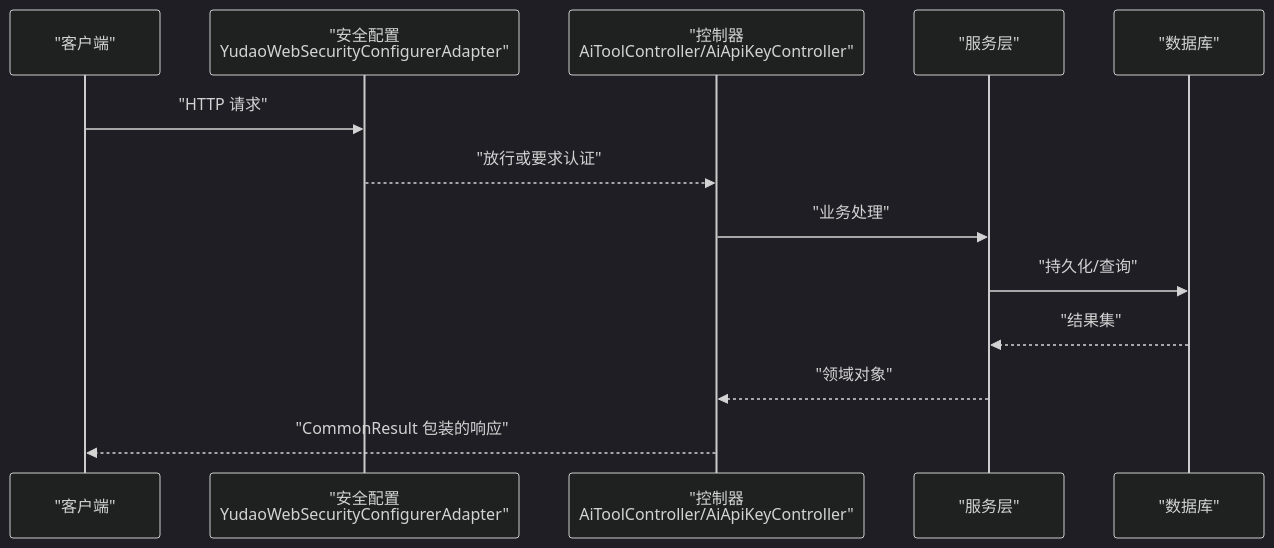
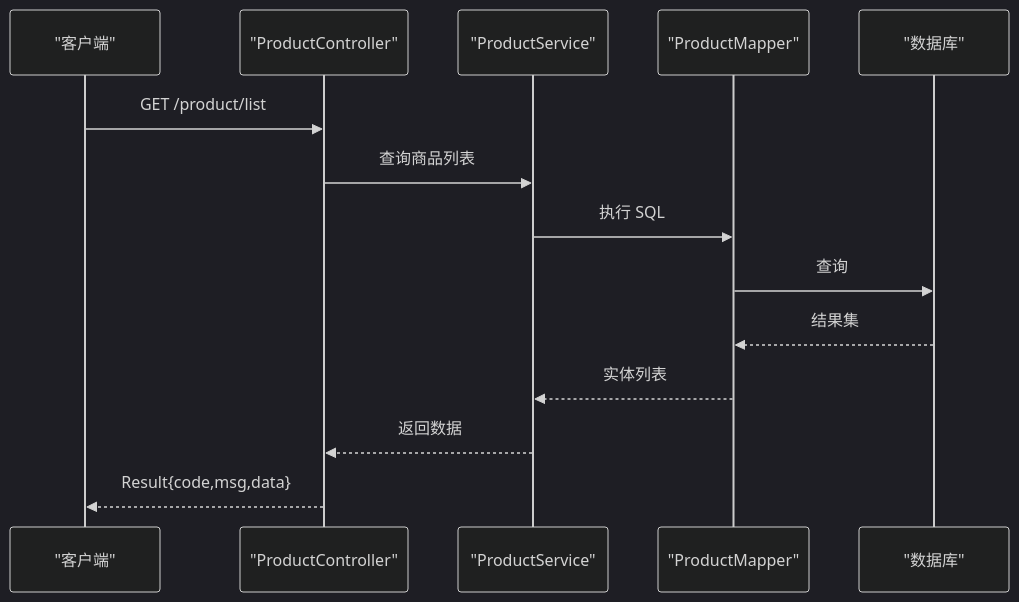
The third of 14 diagrams in .qoder/repowiki/zh/content/API 接口文档/API 接口文档.md (zhuangpengLI/AgenticCPS), drawn with Mermaid (dark theme) before and after one commit. The commit also changed other lines of this file and 293 other files, not shown here.

````diff
--- a/.qoder/repowiki/zh/content/API 接口文档/API 接口文档.md
+++ b/.qoder/repowiki/zh/content/API 接口文档/API 接口文档.md
@@ -100,15 +128,16 @@
 ```mermaid
 sequenceDiagram
 participant Client as "客户端"
-participant Sec as "安全配置<br/>YudaoWebSecurityConfigurerAdapter"
-participant Ctrl as "控制器<br/>AiToolController/AiApiKeyController"
-participant Svc as "服务层"
+participant Ctrl as "ProductController"
+participant Svc as "ProductService"
+participant Dao as "ProductMapper"
 participant DB as "数据库"
-Client->>Sec : "HTTP 请求"
-Sec-->>Ctrl : "放行或要求认证"
-Ctrl->>Svc : "业务处理"
-Svc->>DB : "持久化/查询"
-DB-->>Svc : "结果集"
-Svc-->>Ctrl : "领域对象"
-Ctrl-->>Client : "CommonResult 包装的响应"
+Client->>Ctrl : GET /product/list
+Ctrl->>Svc : 查询商品列表
+Svc->>Dao : 执行 SQL
+Dao->>DB : 查询
+DB-->>Dao : 结果集
+Dao-->>Svc : 实体列表
+Svc-->>Ctrl : 返回数据
+Ctrl-->>Client : Result{code,msg,data}
 ```
````
